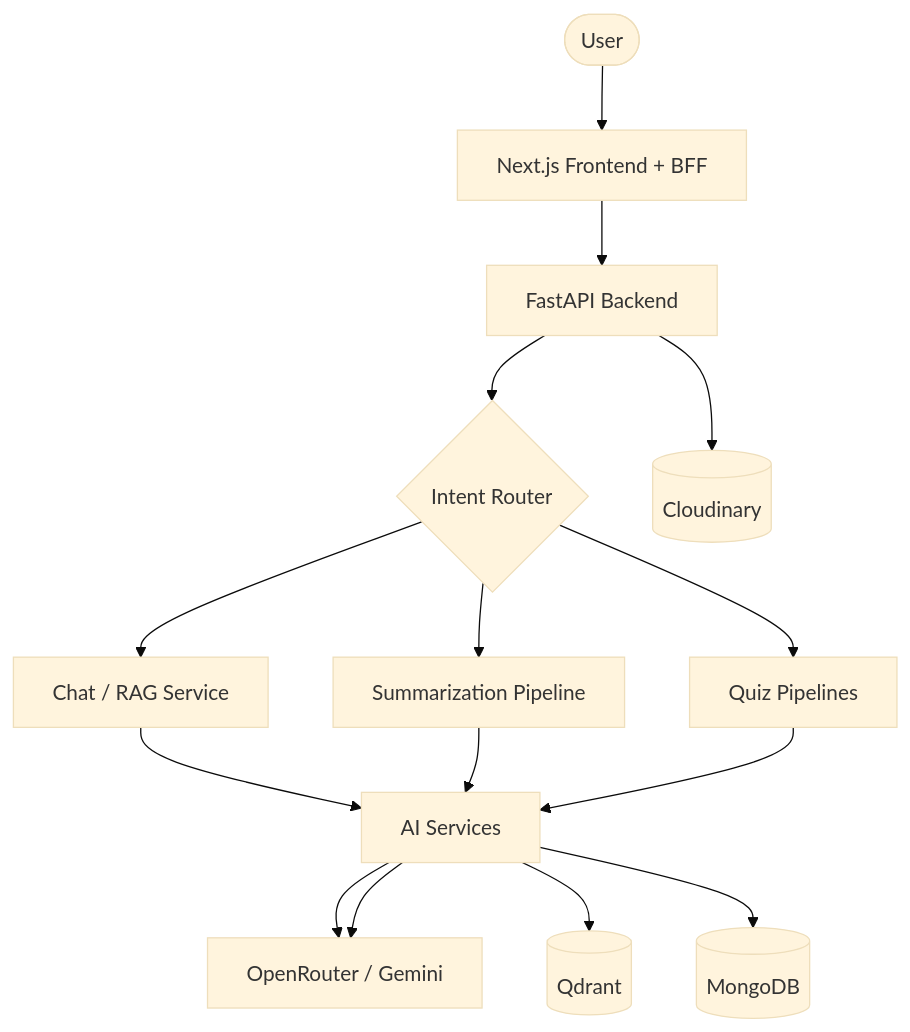
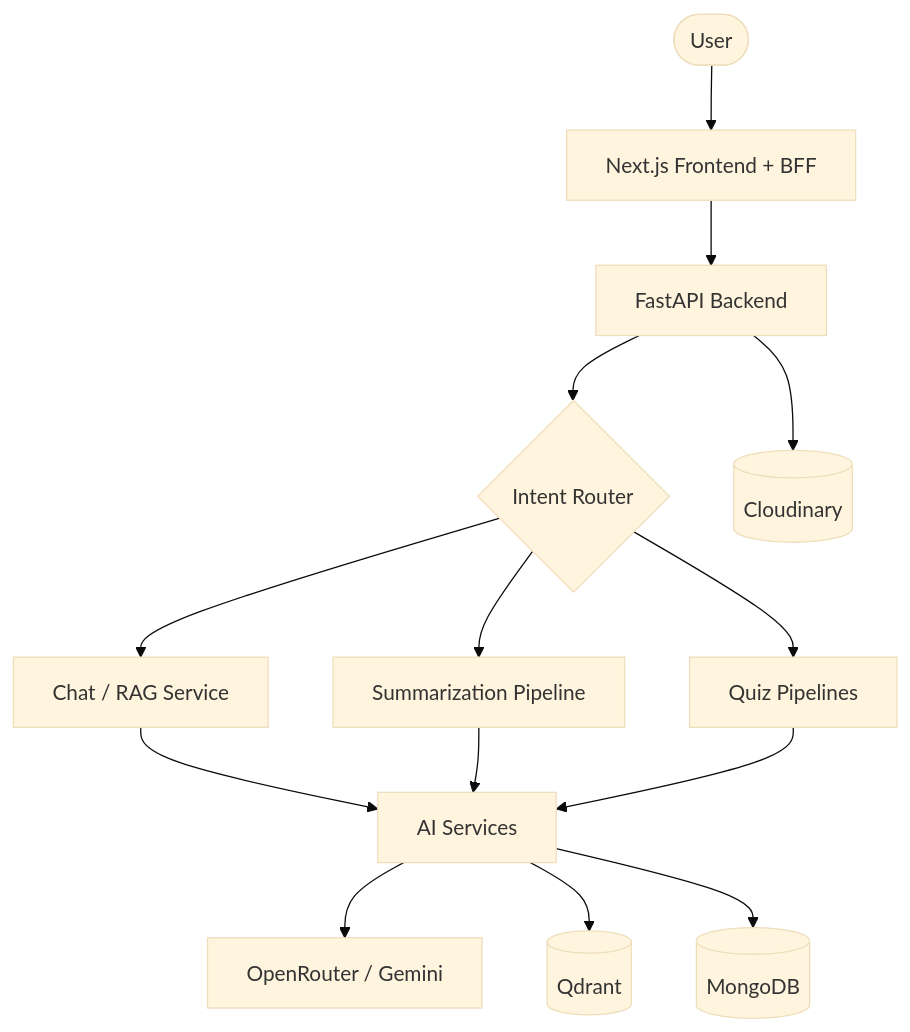
One commit to aayushroopchandani/DocMind-AI-Intelligent-conversations-with-documents changed the first of 4 diagrams in README.md. Above: the diagram before and after it, drawn with Mermaid (base theme). The commit also changed other lines of this file and 18 other files, not shown here.

Commit message:
architecture files added

````diff
--- a/README.md
+++ b/README.md
@@ -104,17 +124,16 @@
 ```mermaid
 flowchart TB
   User([User]) --> Next[Next.js Frontend + BFF]
   Next --> FastAPI[FastAPI Backend]
   FastAPI --> Router{Intent Router}
   Router --> Chat[Chat / RAG Service]
   Router --> Sum[Summarization Pipeline]
   Router --> Quiz[Quiz Pipelines]
   Chat --> AI[AI Services]
   Sum --> AI
   Quiz --> AI
   AI --> OR[OpenRouter / Gemini]
   AI --> Qdrant[(Qdrant)]
   AI --> Mongo[(MongoDB)]
   FastAPI --> Cloudinary[(Cloudinary)]
-  AI --> OR
 ```
````
